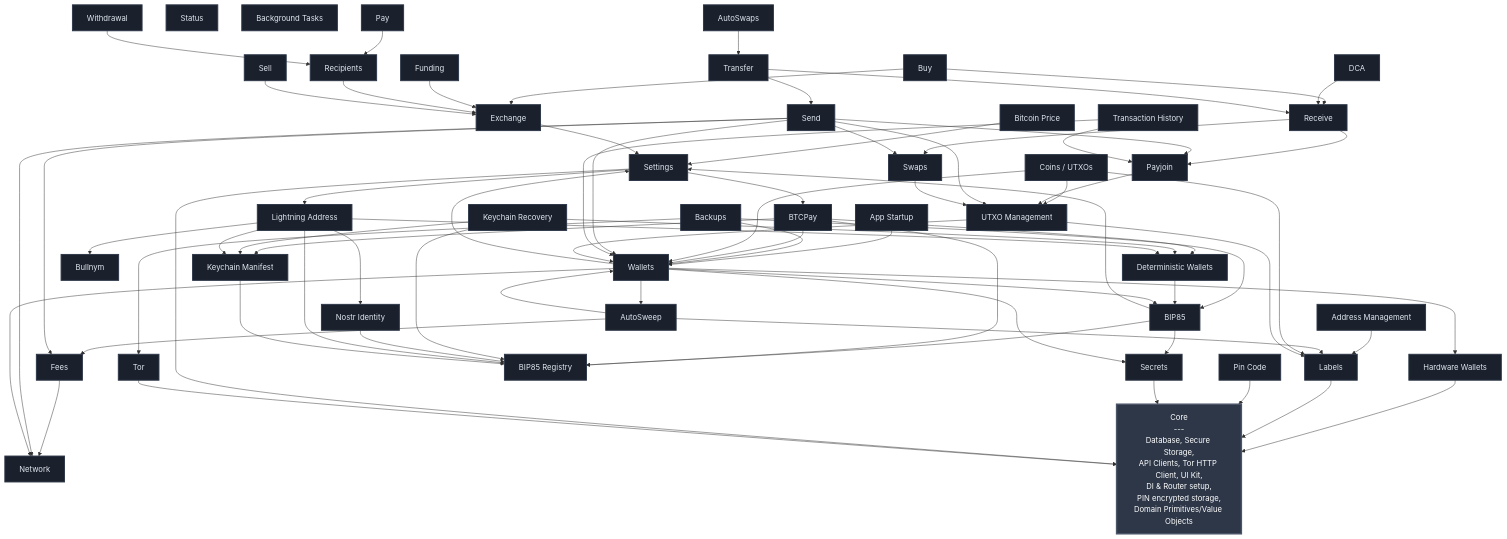
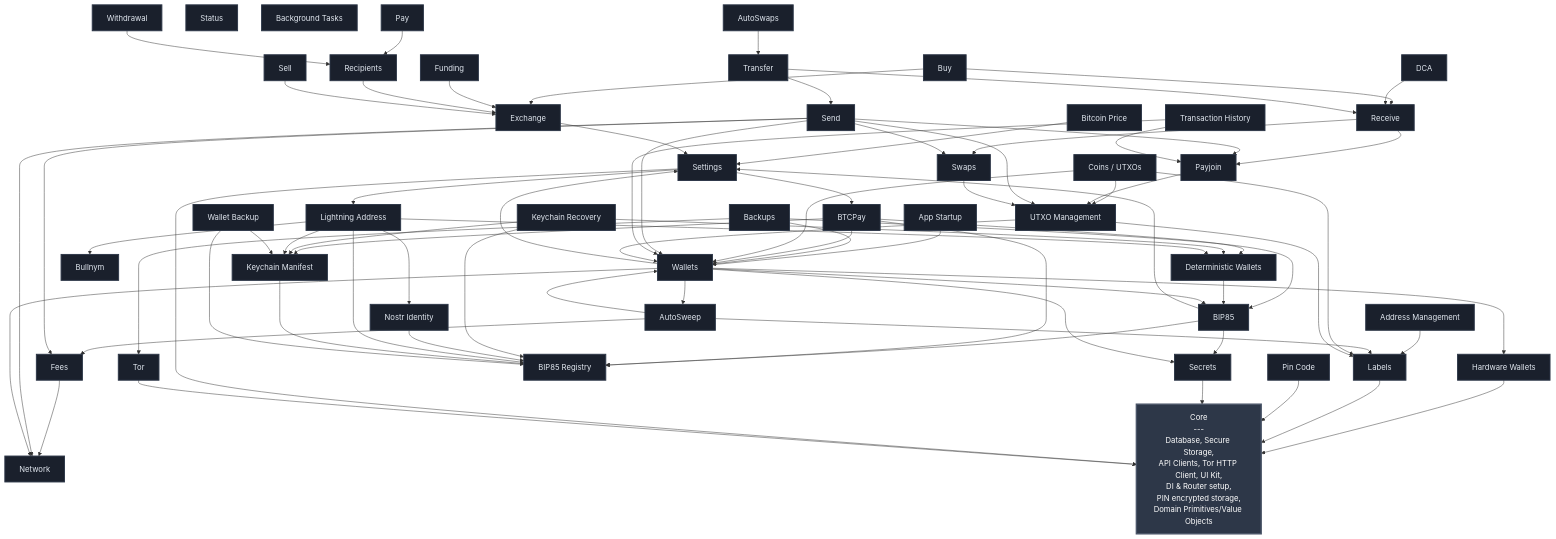
The diagram in FEATURES.md (BullishNode/bullbitcoin-mobile), drawn with Mermaid before and after one commit. The commit also changed 27 other files, not shown here.

Commit message:
refactor(wallet_backup): own unified encrypted envelope

````diff
--- a/FEATURES.md
+++ b/FEATURES.md
@@ -25,6 +25,7 @@
     BIP85_REGISTRY[BIP85 Registry]
     DETERMINISTIC_WALLETS[Deterministic Wallets]
     KEYCHAIN_MANIFEST[Keychain Manifest]
+    WALLET_BACKUP[Wallet Backup]
     KEYCHAIN_RECOVERY[Keychain Recovery]
     NOSTR_IDENTITY[Nostr Identity]
     BULLNYM[Bullnym]
@@ -93,6 +94,8 @@
     DCA --> RECEIVE
     DETERMINISTIC_WALLETS --> BIP85
     KEYCHAIN_MANIFEST --> BIP85_REGISTRY
+    WALLET_BACKUP --> BIP85_REGISTRY
+    WALLET_BACKUP --> KEYCHAIN_MANIFEST
     EXCHANGE --> SETTINGS
     FEES --> NETWORK
     FUNDING --> EXCHANGE
@@ -136,5 +139,5 @@
     classDef featureStyle fill:#1a202c,stroke:#2d3748,stroke-width:2px,color:#e2e8f0
 
     class CORE coreStyle
-    class SETTINGS,TOR,PIN_CODE,LABELS,SECRETS,HW_WALLETS,BTC_PRICE,BTCPAY,NETWORK,BIP85,BIP85_REGISTRY,DETERMINISTIC_WALLETS,KEYCHAIN_MANIFEST,KEYCHAIN_RECOVERY,NOSTR_IDENTITY,BULLNYM,LIGHTNING_ADDRESS,FEES,WALLETS,EXCHANGE,APP_STARTUP,UTXO_MGMT,ADDRESS_MGMT,RECIPIENTS,FUNDING,BACKUPS,SWAPS,PAYJOIN,WITHDRAWAL,STATUS,SEND,RECEIVE,TRANSFER,TX_HISTORY,BG_TASKS,AUTOSWAPS,AUTOSWEEP,DCA,SELL,PAY,BUY,COINS featureStyle
+    class SETTINGS,TOR,PIN_CODE,LABELS,SECRETS,HW_WALLETS,BTC_PRICE,BTCPAY,NETWORK,BIP85,BIP85_REGISTRY,DETERMINISTIC_WALLETS,KEYCHAIN_MANIFEST,WALLET_BACKUP,KEYCHAIN_RECOVERY,NOSTR_IDENTITY,BULLNYM,LIGHTNING_ADDRESS,FEES,WALLETS,EXCHANGE,APP_STARTUP,UTXO_MGMT,ADDRESS_MGMT,RECIPIENTS,FUNDING,BACKUPS,SWAPS,PAYJOIN,WITHDRAWAL,STATUS,SEND,RECEIVE,TRANSFER,TX_HISTORY,BG_TASKS,AUTOSWAPS,AUTOSWEEP,DCA,SELL,PAY,BUY,COINS featureStyle
 ```
````
